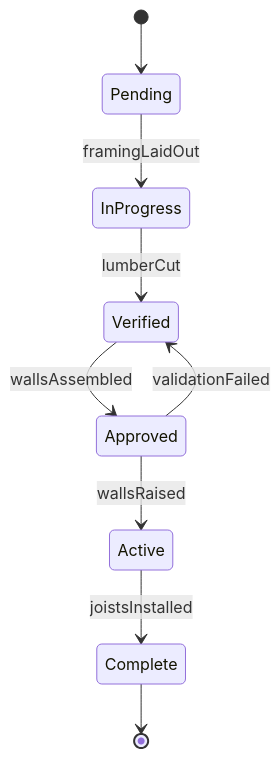
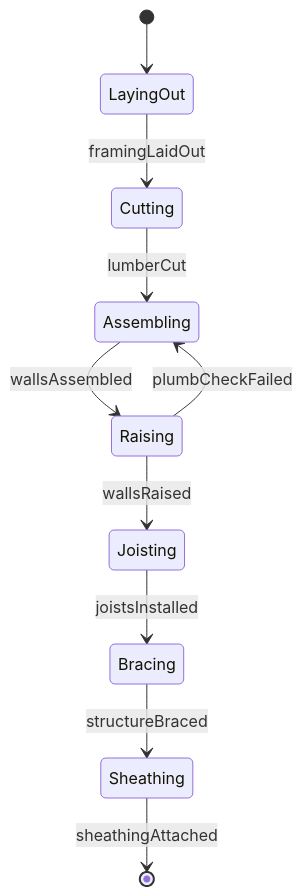
One commit to dot-org-ai/tasks.org.ai changed the second of 4 diagrams in HandlingAndMovingObjects/BuildStructures/InstallWoodenStructuralComponents.mdx. Above: the diagram before and after it, drawn with Mermaid. The commit also changed other lines of this file and 515 other files, not shown here.

````diff
--- a/HandlingAndMovingObjects/BuildStructures/InstallWoodenStructuralComponents.mdx
+++ b/HandlingAndMovingObjects/BuildStructures/InstallWoodenStructuralComponents.mdx
@@ -98,11 +99,12 @@
 ```mermaid
 stateDiagram-v2
-    [*] --> Pending
-    Pending --> InProgress : framingLaidOut
-    InProgress --> Verified : lumberCut
-    Verified --> Approved : wallsAssembled
-    Approved --> Active : wallsRaised
-    Active --> Complete : joistsInstalled
-    Approved --> Verified : validationFailed
-    Complete --> [*]
+    [*] --> LayingOut
+    LayingOut --> Cutting : framingLaidOut
+    Cutting --> Assembling : lumberCut
+    Assembling --> Raising : wallsAssembled
+    Raising --> Joisting : wallsRaised
+    Joisting --> Bracing : joistsInstalled
+    Bracing --> Sheathing : structureBraced
+    Sheathing --> [*] : sheathingAttached
+    Raising --> Assembling : plumbCheckFailed
 ```
````
